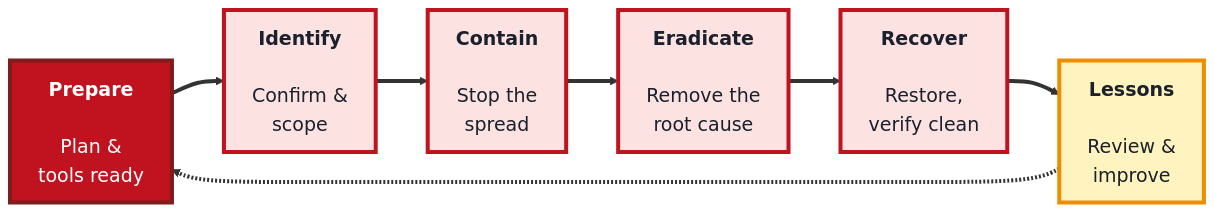
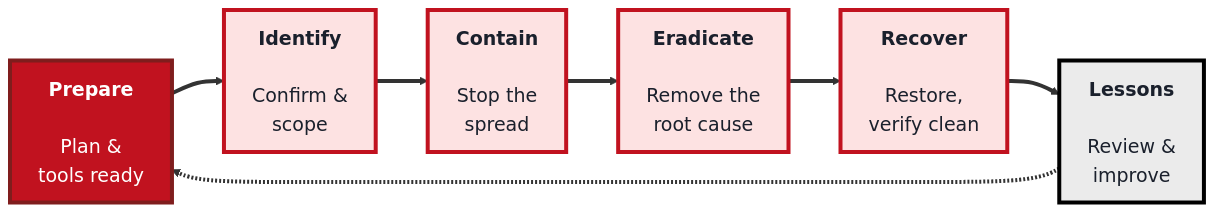
The third of 3 diagrams in src/Pages/courses/TechGuard/module-7-security-monitoring.md (SHEMODELTECH/shemodeltech), drawn with Mermaid before and after one commit. The commit also changed other lines of this file and 46 other files, not shown here.

````diff
--- a/src/Pages/courses/TechGuard/module-7-security-monitoring.md
+++ b/src/Pages/courses/TechGuard/module-7-security-monitoring.md
@@ -148,21 +148,21 @@
 ```mermaid
 %%{init: {'theme':'base', 'themeVariables': {'fontSize':'19px', 'primaryTextColor':'#1a202c', 'primaryBorderColor':'#7f1d1d', 'lineColor':'#333333'}, 'flowchart': {'nodeSpacing': 40, 'rankSpacing': 52, 'padding': 14}}}%%
 flowchart LR
     P["<b>Prepare</b><br/><br/>Plan &<br/>tools ready"]
     I["<b>Identify</b><br/><br/>Confirm &<br/>scope"]
     C["<b>Contain</b><br/><br/>Stop the<br/>spread"]
     E["<b>Eradicate</b><br/><br/>Remove the<br/>root cause"]
     R["<b>Recover</b><br/><br/>Restore,<br/>verify clean"]
     L["<b>Lessons</b><br/><br/>Review &<br/>improve"]
 
     P ==> I ==> C ==> E ==> R ==> L
     L -.-> P
 
     style P fill:#c1121f,color:#fff,stroke:#7f1d1d,stroke-width:4px
     style I fill:#fde2e2,color:#1a202c,stroke:#c1121f,stroke-width:4px
     style C fill:#fde2e2,color:#1a202c,stroke:#c1121f,stroke-width:4px
     style E fill:#fde2e2,color:#1a202c,stroke:#c1121f,stroke-width:4px
     style R fill:#fde2e2,color:#1a202c,stroke:#c1121f,stroke-width:4px
-    style L fill:#fff3bf,color:#1a202c,stroke:#f08c00,stroke-width:4px
+    style L fill:#EBEBEB,color:#1a202c,stroke:#000000,stroke-width:4px
     linkStyle default stroke-width:4px,stroke:#333333
 ```
````
